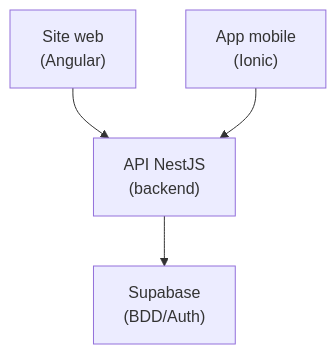
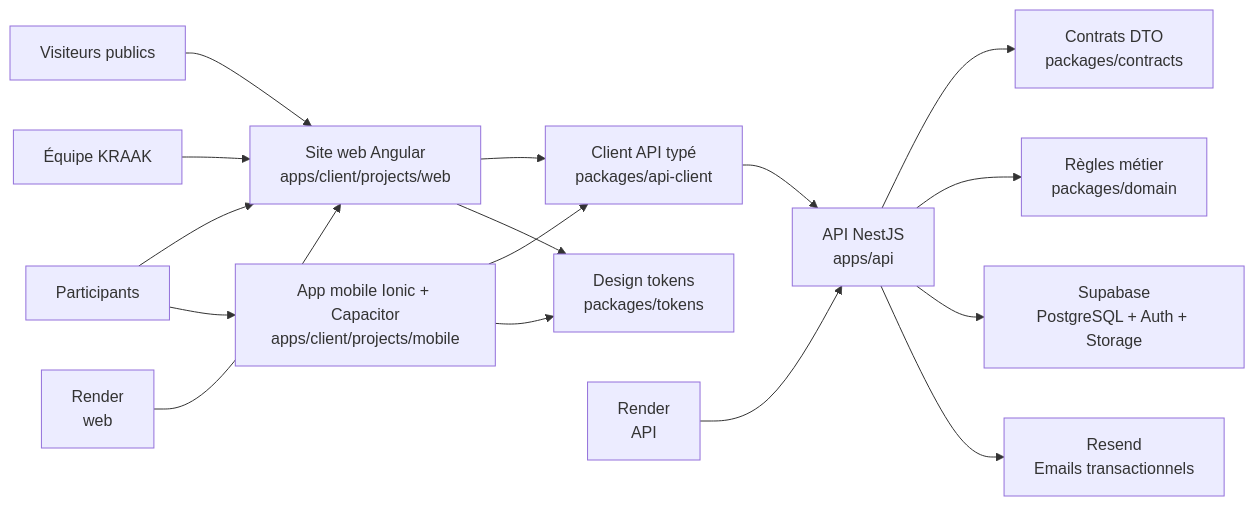
The diagram in docs/architecture/OVERVIEW.md (Ange230700/kraak-consulting), drawn with Mermaid before and after one commit. The commit also changed other lines of this file and 9 other files, not shown here.

Commit message:
docs(docs): rationaliser les diagrammes mermaid

````diff
--- a/docs/architecture/OVERVIEW.md
+++ b/docs/architecture/OVERVIEW.md
@@ -16,11 +16,38 @@
 ```mermaid
-flowchart TD
-    web["Site web<br />(Angular)"]
-    mobile["App mobile<br />(Ionic)"]
-    api["API NestJS<br />(backend)"]
-    supabase["Supabase<br />(BDD/Auth)"]
+flowchart LR
+    visitor["Visiteurs publics"]
+    participant["Participants"]
+    admin["Équipe KRAAK"]
 
-    web --> api
-    mobile --> api
+    web["Site web Angular<br/>apps/client/projects/web"]
+    mobile["App mobile Ionic + Capacitor<br/>apps/client/projects/mobile"]
+    api["API NestJS<br/>apps/api"]
+
+    contracts["Contrats DTO<br/>packages/contracts"]
+    domain["Règles métier<br/>packages/domain"]
+    apiClient["Client API typé<br/>packages/api-client"]
+    tokens["Design tokens<br/>packages/tokens"]
+
+    supabase["Supabase<br/>PostgreSQL + Auth + Storage"]
+    resend["Resend<br/>Emails transactionnels"]
+    renderWeb["Render<br/>web"]
+    renderApi["Render<br/>API"]
+
+    visitor --> web
+    participant --> web
+    participant --> mobile
+    admin --> web
+
+    web --> apiClient
+    mobile --> apiClient
+    apiClient --> api
+    api --> contracts
+    api --> domain
+    web --> tokens
+    mobile --> tokens
+
     api --> supabase
+    api --> resend
+    renderWeb --> web
+    renderApi --> api
 ```
````
